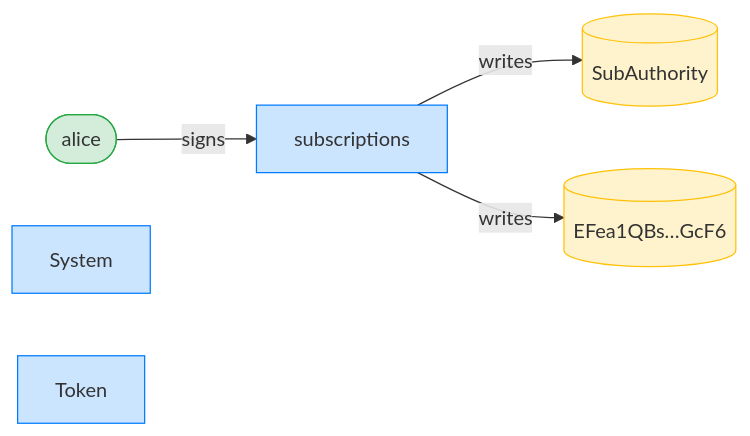
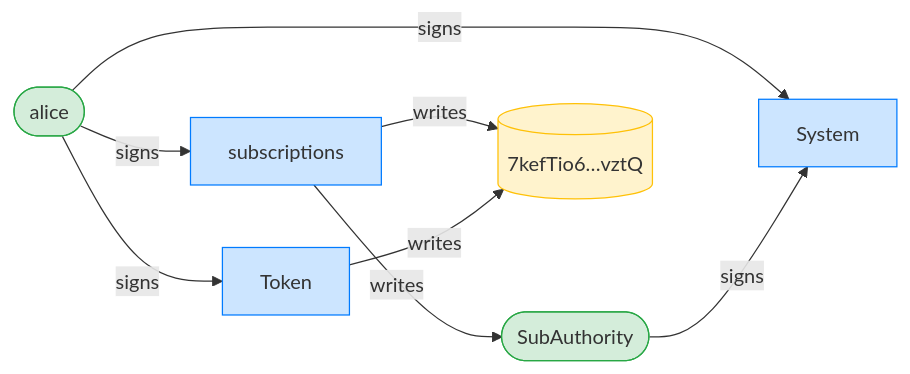
Before and after one commit to cds-rs/subscriptions: the third of 16 diagrams in dsl_tests/resume-rejected-when-the-plan-has-expired.md, drawn with Mermaid. The commit also changed other lines of this file and 224 other files, not shown here.

````diff
--- a/dsl_tests/resume-rejected-when-the-plan-has-expired.md
+++ b/dsl_tests/resume-rejected-when-the-plan-has-expired.md
@@ -55,15 +56,19 @@
 ```mermaid
 flowchart LR
     classDef signer fill:#d4edda,stroke:#28a745;
     classDef program fill:#cce5ff,stroke:#007bff;
     classDef writable fill:#fff3cd,stroke:#ffc107;
     subscriptions[subscriptions]:::program
     alice([alice]):::signer
-    SubAuthority[(SubAuthority)]:::writable
-    EFea1QBs_GcF6[("EFea1QBs…GcF6")]:::writable
+    SubAuthority([SubAuthority]):::signer
+    7kefTio6_vztQ[("7kefTio6…vztQ")]:::writable
     System[System]:::program
     Token[Token]:::program
     alice -->|signs| subscriptions
+    alice -->|signs| System
+    SubAuthority -->|signs| System
+    alice -->|signs| Token
     subscriptions -->|writes| SubAuthority
-    subscriptions -->|writes| EFea1QBs_GcF6
+    subscriptions -->|writes| 7kefTio6_vztQ
+    Token -->|writes| 7kefTio6_vztQ
 ```
````
